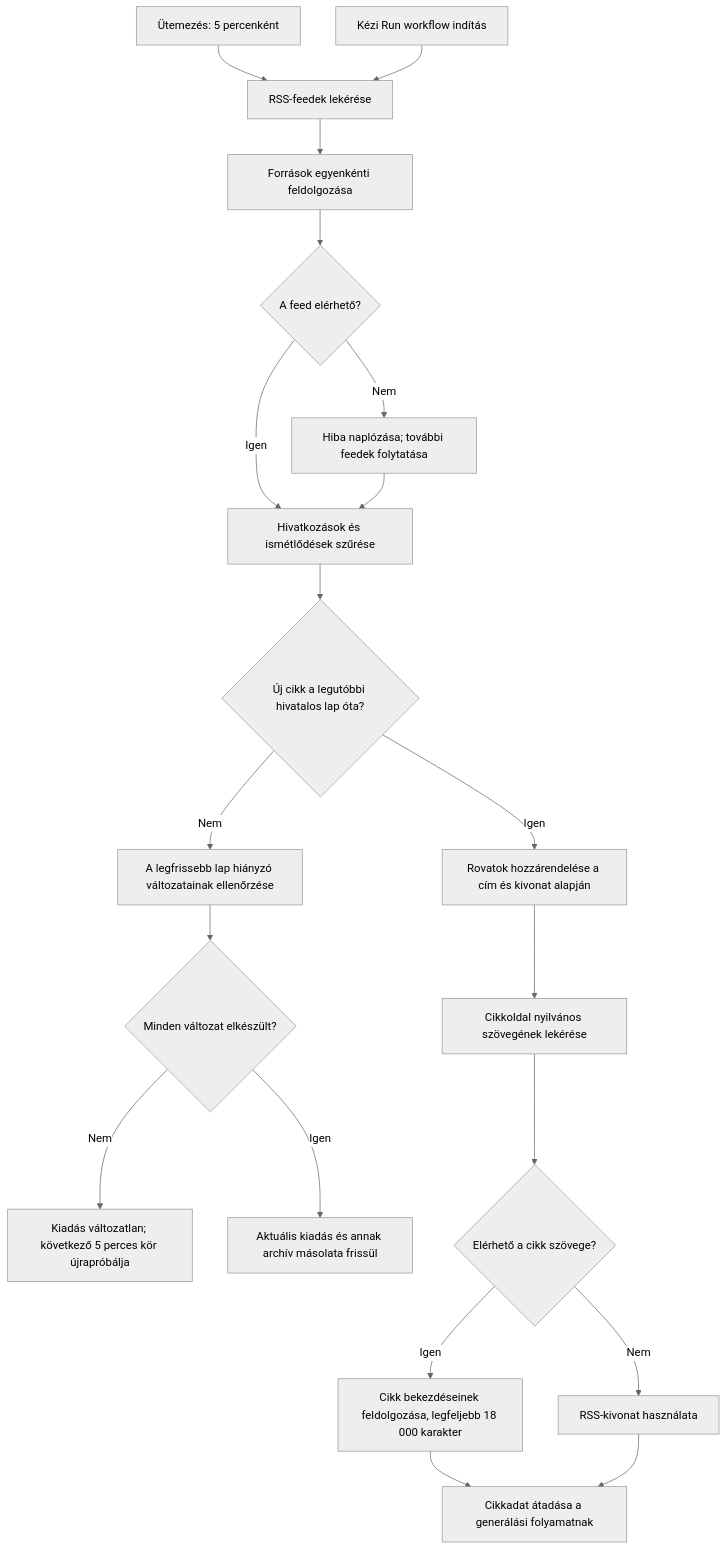
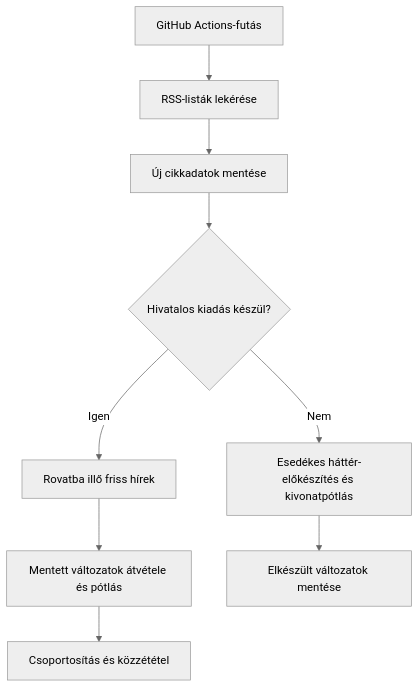
One commit to ngynrbrt-prog/nanonews changed the second of 6 diagrams in Dokumentumok/NANONews-mukodesi-leiras.md. Above: the diagram before and after it, drawn with Mermaid (neutral theme). The commit also changed other lines of this file, not shown here.

````diff
--- a/Dokumentumok/NANONews-mukodesi-leiras.md
+++ b/Dokumentumok/NANONews-mukodesi-leiras.md
@@ -113,22 +118,11 @@
 ```mermaid
 flowchart TD
-  schedule["Ütemezés: 5 percenként"] --> fetch["RSS-feedek lekérése"]
-  manual["Kézi Run workflow indítás"] --> fetch
-  fetch --> feeds["Források egyenkénti feldolgozása"]
-  feeds --> available{"A feed elérhető?"}
-  available -->|Nem| log["Hiba naplózása; további feedek folytatása"]
-  available -->|Igen| dedupe["Hivatkozások és ismétlődések szűrése"]
-  log --> dedupe
-  dedupe --> newer{"Új cikk a legutóbbi hivatalos lap óta?"}
-  newer -->|Nem| pending["A legfrissebb lap hiányzó változatainak ellenőrzése"]
-  pending --> done{"Minden változat elkészült?"}
-  done -->|Nem| unchanged["Kiadás változatlan; következő 5 perces kör újrapróbálja"]
-  done -->|Igen| sync["Aktuális kiadás és annak archív másolata frissül"]
-  newer -->|Igen| topics["Rovatok hozzárendelése a cím és kivonat alapján"]
-  topics --> article["Cikkoldal nyilvános szövegének lekérése"]
-  article --> body{"Elérhető a cikk szövege?"}
-  body -->|Igen| full["Cikk bekezdéseinek feldolgozása, legfeljebb 18 000 karakter"]
-  body -->|Nem| excerpt["RSS-kivonat használata"]
-  full --> prepare["Cikkadat átadása a generálási folyamatnak"]
-  excerpt --> prepare
+  run["GitHub Actions-futás"] --> rss["RSS-listák lekérése"]
+  rss --> inbox["Új cikkadatok mentése"]
+  inbox --> issue{"Hivatalos kiadás készül?"}
+  issue -->|Igen| select["Rovatba illő friss hírek"]
+  select --> reuse["Mentett változatok átvétele és pótlás"]
+  reuse --> group["Csoportosítás és közzététel"]
+  issue -->|Nem| prepare["Esedékes háttér-előkészítés és kivonatpótlás"]
+  prepare --> save["Elkészült változatok mentése"]
 ```
````
